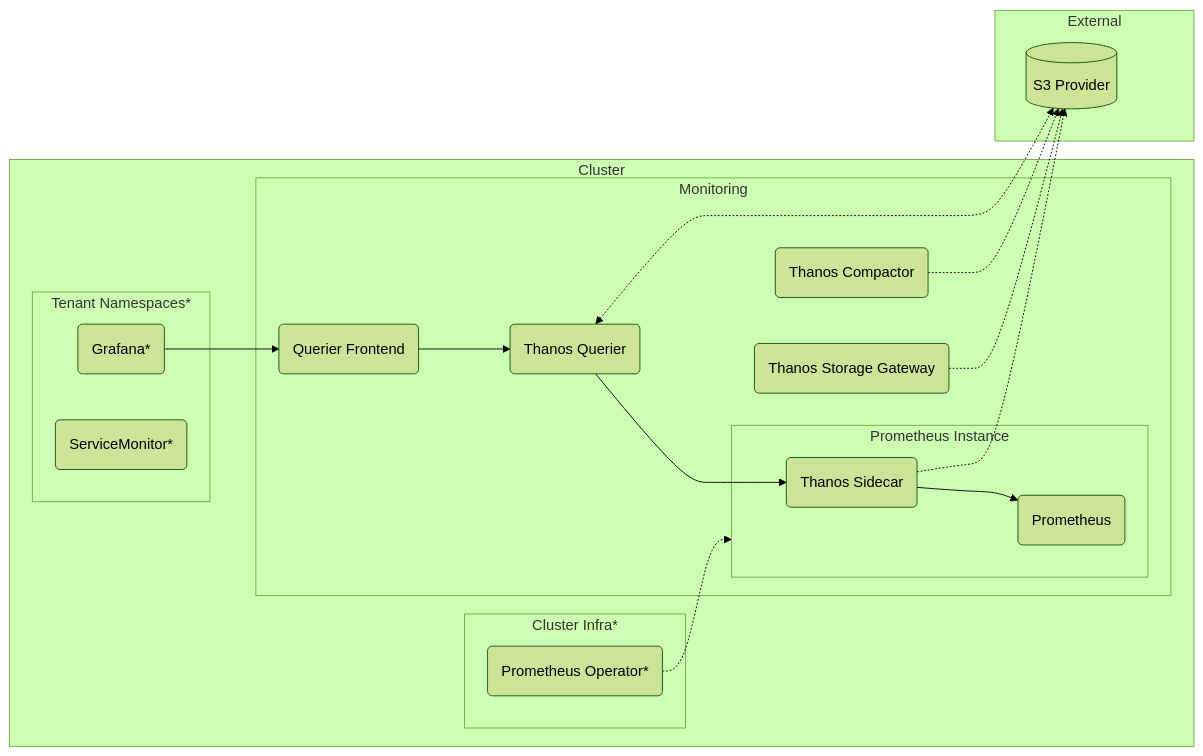
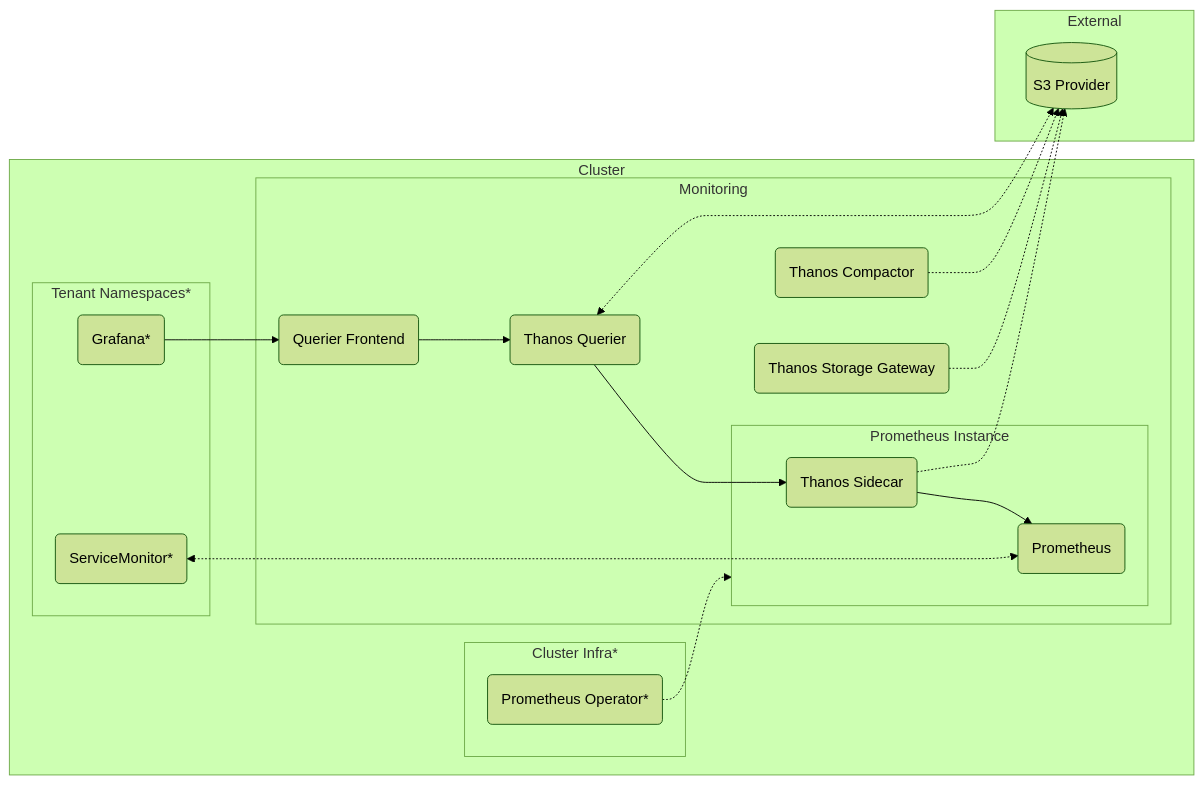
The diagram in prometheus/README.md (konstfish/multi-tenant-observability), drawn with Mermaid (forest theme) before and after one commit. The commit also changed other lines of this file and 5 other files, not shown here.

````diff
--- a/prometheus/README.md
+++ b/prometheus/README.md
@@ -5,38 +7,40 @@
 ```mermaid
 flowchart LR
     subgraph Cluster
         subgraph Cluster Infra*
             promop(Prometheus Operator*)
         end
 
         subgraph Tenant Namespaces*
             tengraf(Grafana*)
             tensm(ServiceMonitor*)
         end
 
         tengraf --> querfront
 
         subgraph Monitoring
             subgraph promi[Prometheus Instance]
                 prom(Prometheus)
                 than(Thanos Sidecar) --> prom
             end
 
             thancom(Thanos Compactor)
             thansto(Thanos Storage Gateway)
             thanquer(Thanos Querier) --> than
             querfront(Querier Frontend) --> thanquer
         end
 
         promop -..-> promi
     end
 
     subgraph External
         s3[(S3 Provider)]
     end
-    
+
     than -.-> s3
     thancom -.-> s3
     thansto -.-> s3
     thanquer <-.-> s3
+
+    tensm <-.-> prom
 ```
````
